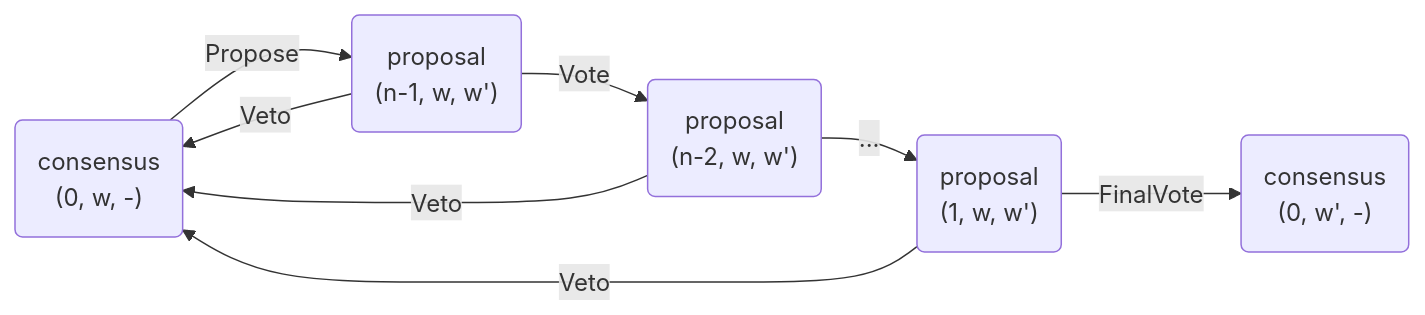
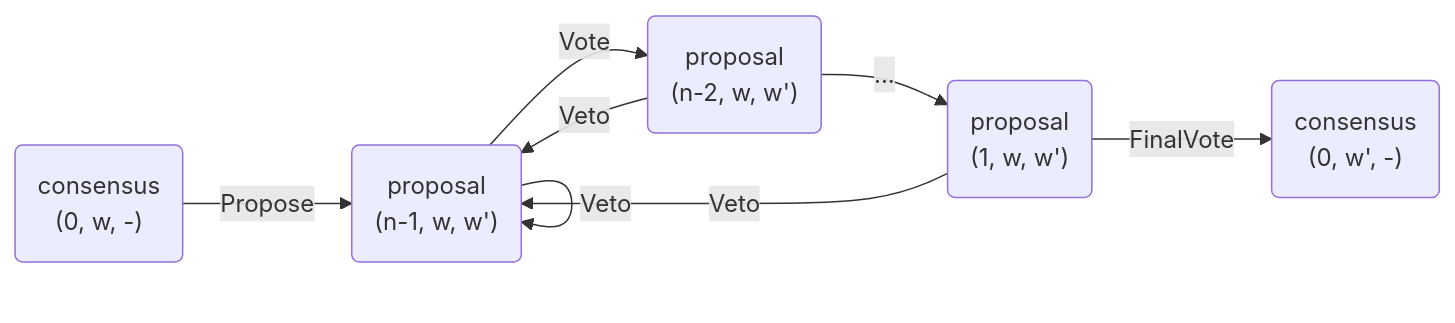
The diagram in new-packages/nitro-protocol/docs/force-move/consensus-game.md (statechannels/statechannels), drawn with Mermaid before and after one commit. The commit also changed other lines of this file, not shown here.

```diff
--- a/new-packages/nitro-protocol/docs/force-move/consensus-game.md
+++ b/new-packages/nitro-protocol/docs/force-move/consensus-game.md
@@ -44,11 +42,11 @@
 <div class="mermaid">
 graph LR
 linkStyle default interpolate basis
    A("consensus <br /> (0, w, -)")-->|Propose| B("proposal <br /> (n-1, w, w')")
    B-->|Vote| C("proposal <br /> (n-2, w, w')")
    C-->|...| D("proposal <br /> (1, w, w')")
    D-->|FinalVote| E("consensus <br /> (0, w', -)")
-   B-->|Veto| A
-   C-->|Veto| A
-   D-->|Veto| A
+   B-->|Veto| B
+   C-->|Veto| B
+   D-->|Veto| B
 </div>
```
